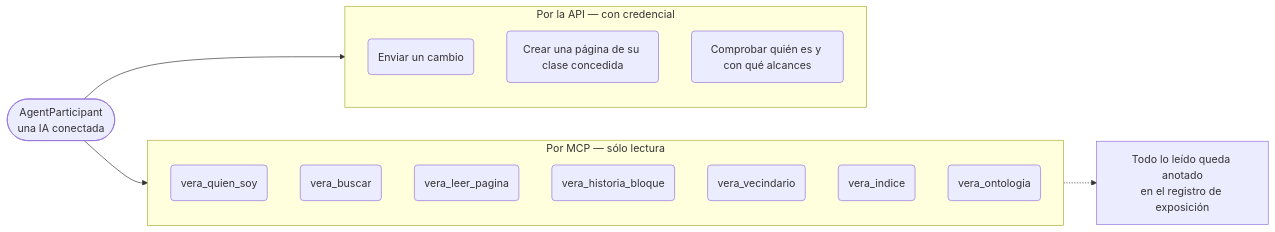
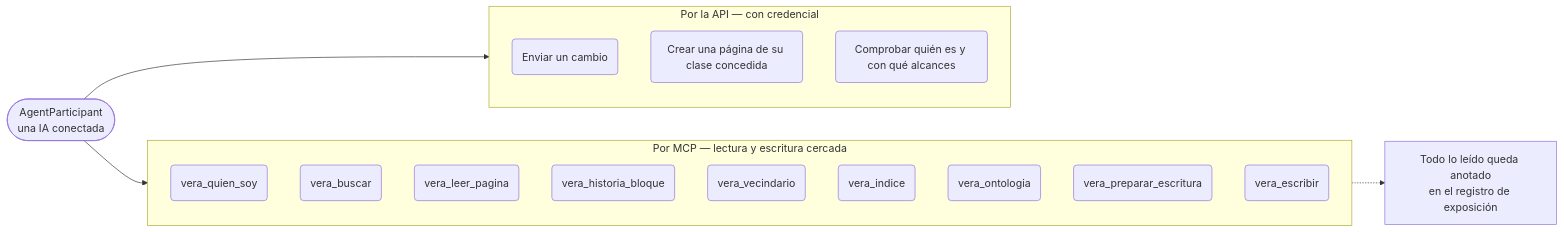
The fifth of 40 diagrams in docs/diagramas.md (hspencer/vera), drawn with Mermaid before and after one commit. The commit also changed other lines of this file and 12 other files, not shown here.

````diff
--- a/docs/diagramas.md
+++ b/docs/diagramas.md
@@ -259,26 +262,28 @@
 ```mermaid
 flowchart LR
     a(["AgentParticipant<br/>una IA conectada"])
 
-    subgraph lectura["Por MCP — sólo lectura"]
+    subgraph mcp["Por MCP — lectura y escritura cercada"]
         m1("vera_quien_soy")
         m2("vera_buscar")
         m3("vera_leer_pagina")
         m4("vera_historia_bloque")
         m5("vera_vecindario")
         m6("vera_indice")
         m7("vera_ontologia")
+        m8("vera_preparar_escritura")
+        m9("vera_escribir")
     end
 
     subgraph escritura["Por la API — con credencial"]
         w1("Enviar un cambio")
         w2("Crear una página de su clase concedida")
         w3("Comprobar quién es y con qué alcances")
     end
 
-    a --> lectura
+    a --> mcp
     a --> escritura
 
     nota["Todo lo leído queda anotado<br/>en el registro de exposición"]
-    lectura -.-> nota
+    mcp -.-> nota
 ```
````
